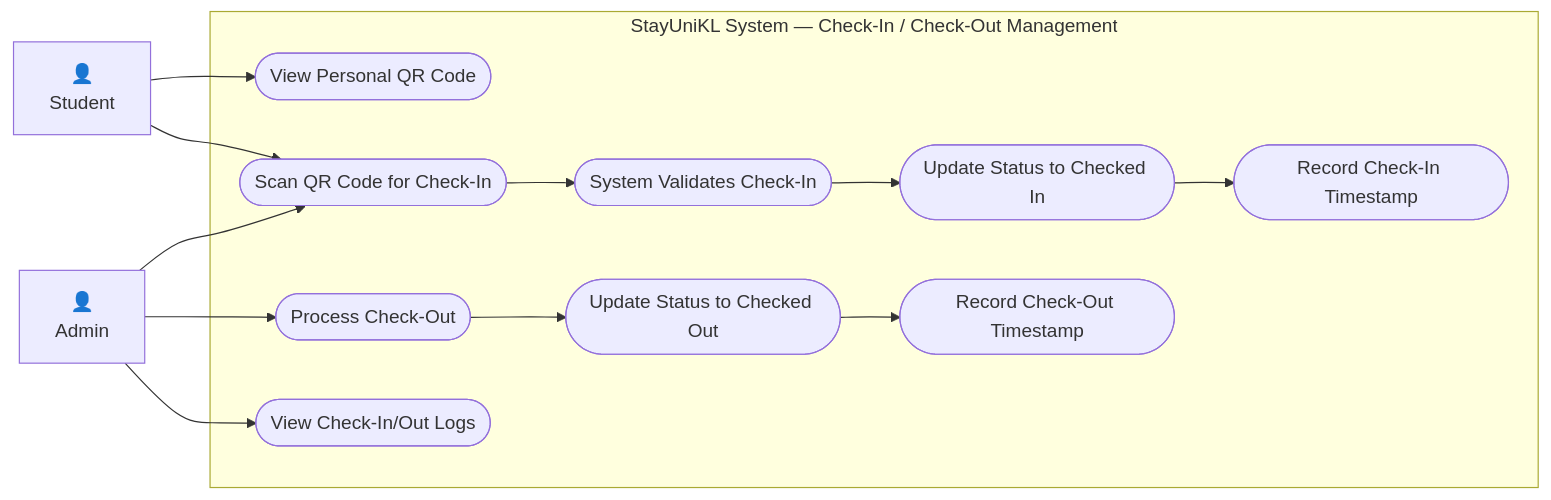
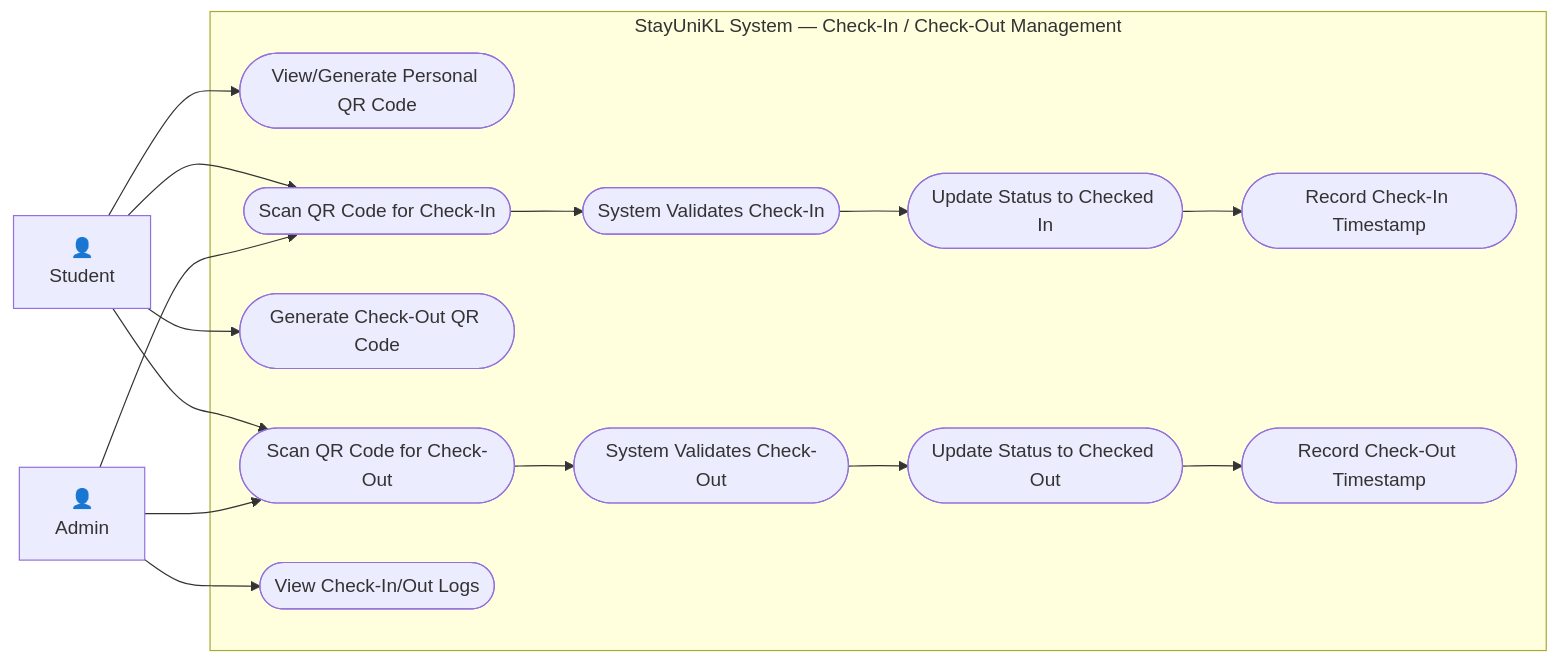
One commit to danieleiqwan/StayUniKL-FYP changed the third of 8 diagrams in docs/use_case_diagrams.md. Above: the diagram before and after it, drawn with Mermaid. The commit also changed 2 other files, not shown here.

Commit message:
docs: align UC-QR-02 with student QR Check-Out in statements, diagrams, and STP

````diff
--- a/docs/use_case_diagrams.md
+++ b/docs/use_case_diagrams.md
@@ -91,30 +91,35 @@
 ```mermaid
 flowchart LR
     A1["👤\nStudent"]
     A2["👤\nAdmin"]
 
     subgraph SYS["StayUniKL System — Check-In / Check-Out Management"]
-        UC1(["View Personal QR Code"])
+        UC1(["View/Generate Personal QR Code"])
         UC2(["Scan QR Code for Check-In"])
         UC3(["System Validates Check-In"])
         UC4(["Update Status to Checked In"])
         UC5(["Record Check-In Timestamp"])
-        UC6(["Process Check-Out"])
-        UC7(["Update Status to Checked Out"])
-        UC8(["Record Check-Out Timestamp"])
-        UC9(["View Check-In/Out Logs"])
+        UC6(["Generate Check-Out QR Code"])
+        UC7(["Scan QR Code for Check-Out"])
+        UC8(["System Validates Check-Out"])
+        UC9(["Update Status to Checked Out"])
+        UC10(["Record Check-Out Timestamp"])
+        UC11(["View Check-In/Out Logs"])
     end
 
     A1 --> UC1
     A1 --> UC2
     A2 --> UC2
     UC2 --> UC3
     UC3 --> UC4
     UC4 --> UC5
 
-    A2 --> UC6
-    UC6 --> UC7
+    A1 --> UC6
+    A1 --> UC7
+    A2 --> UC7
     UC7 --> UC8
+    UC8 --> UC9
+    UC9 --> UC10
 
-    A2 --> UC9
+    A2 --> UC11
 ```
````
